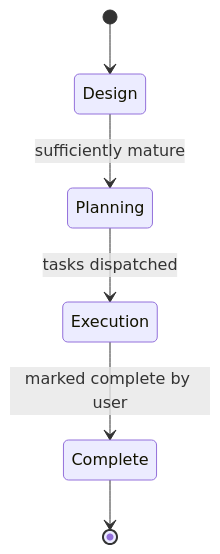
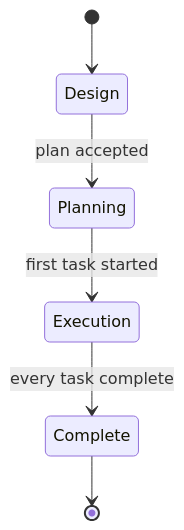
One commit to ceilingfish/Slipway changed the diagram in docs/PRD.md. Above: the diagram before and after it, drawn with Mermaid. The commit also changed other lines of this file, not shown here.

````diff
--- a/docs/PRD.md
+++ b/docs/PRD.md
@@ -100,8 +219,8 @@
 ```mermaid
 stateDiagram-v2
     [*] --> Design
-    Design --> Planning: sufficiently mature
-    Planning --> Execution: tasks dispatched
-    Execution --> Complete: marked complete by user
+    Design --> Planning: plan accepted
+    Planning --> Execution: first task started
+    Execution --> Complete: every task complete
     Complete --> [*]
 ```
````
